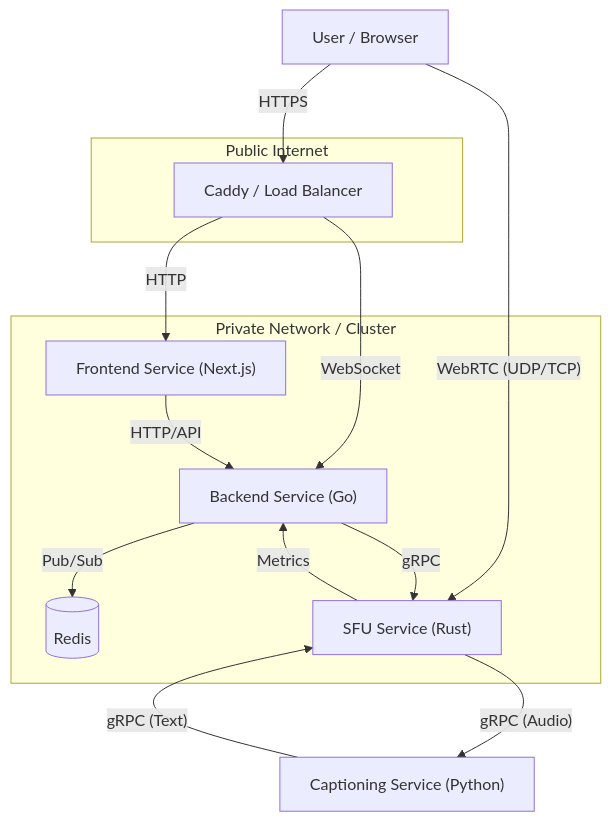
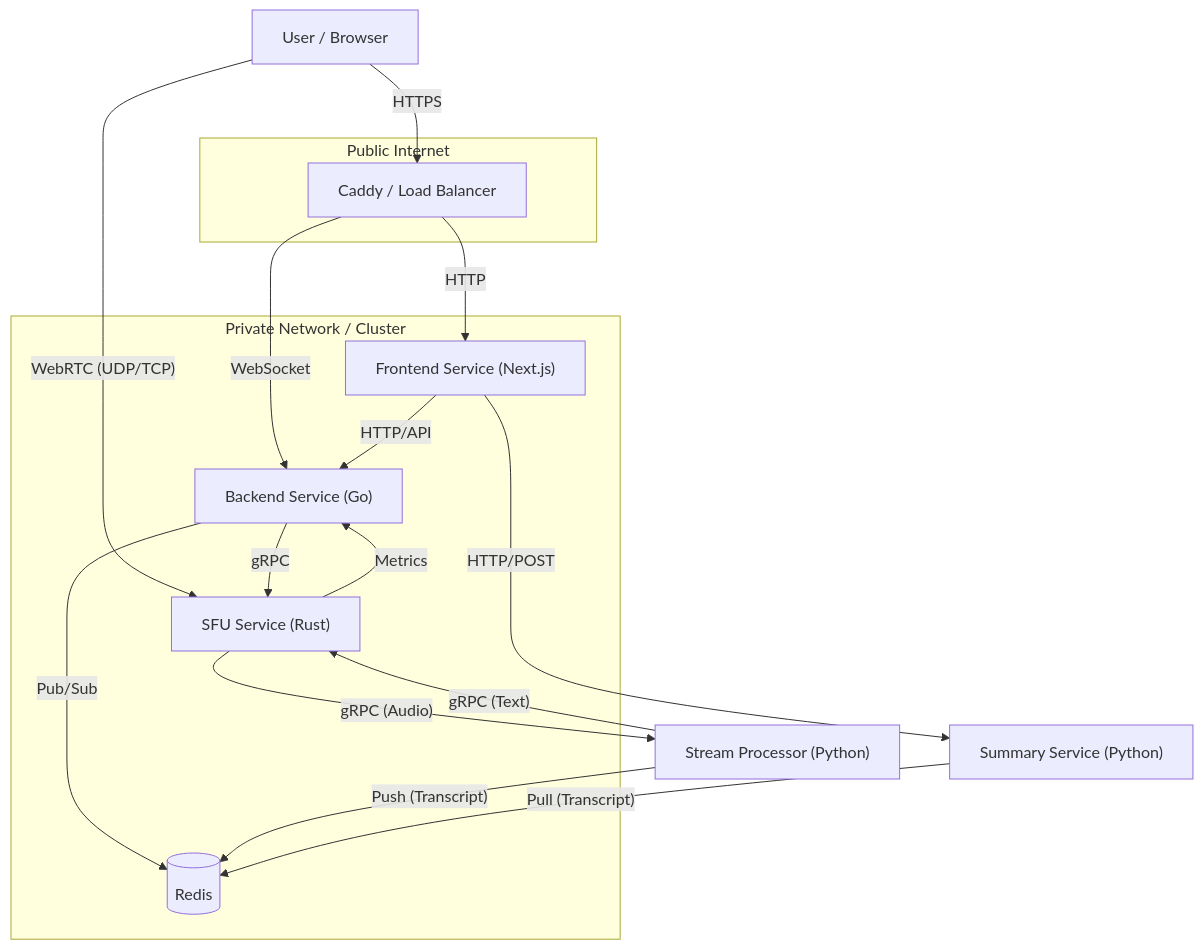
The diagram in README.md (RoseWrightdev/Video-Conferencing), drawn with Mermaid before and after one commit. The commit also changed other lines of this file and 13 other files, not shown here.

Commit message:
feat: impl summary-service

````diff
--- a/README.md
+++ b/README.md
@@ -15,27 +15,30 @@
 ```mermaid
 graph TD
     User["User / Browser"]
     
     subgraph "Public Internet"
         LB["Caddy / Load Balancer"]
     end
     
     subgraph "Private Network / Cluster"
         FE["Frontend Service (Next.js)"]
         BE["Backend Service (Go)"]
         Redis[("Redis")]
         SFU["SFU Service (Rust)"]
     end
 
     User -- HTTPS --> LB
     LB -- HTTP --> FE
     LB -- WebSocket --> BE
     User -- WebRTC (UDP/TCP) --> SFU
     
     FE -- HTTP/API --> BE
     BE -- gRPC --> SFU
     BE -- Pub/Sub --> Redis
     SFU -- Metrics --> BE
-    SFU -- gRPC (Audio) --> CC["Captioning Service (Python)"]
+    SFU -- gRPC (Audio) --> CC["Stream Processor (Python)"]
     CC -- gRPC (Text) --> SFU
+    CC -- Push (Transcript) --> Redis
+    Sum["Summary Service (Python)"] -- Pull (Transcript) --> Redis
+    FE -- HTTP/POST --> Sum
 ```
````
